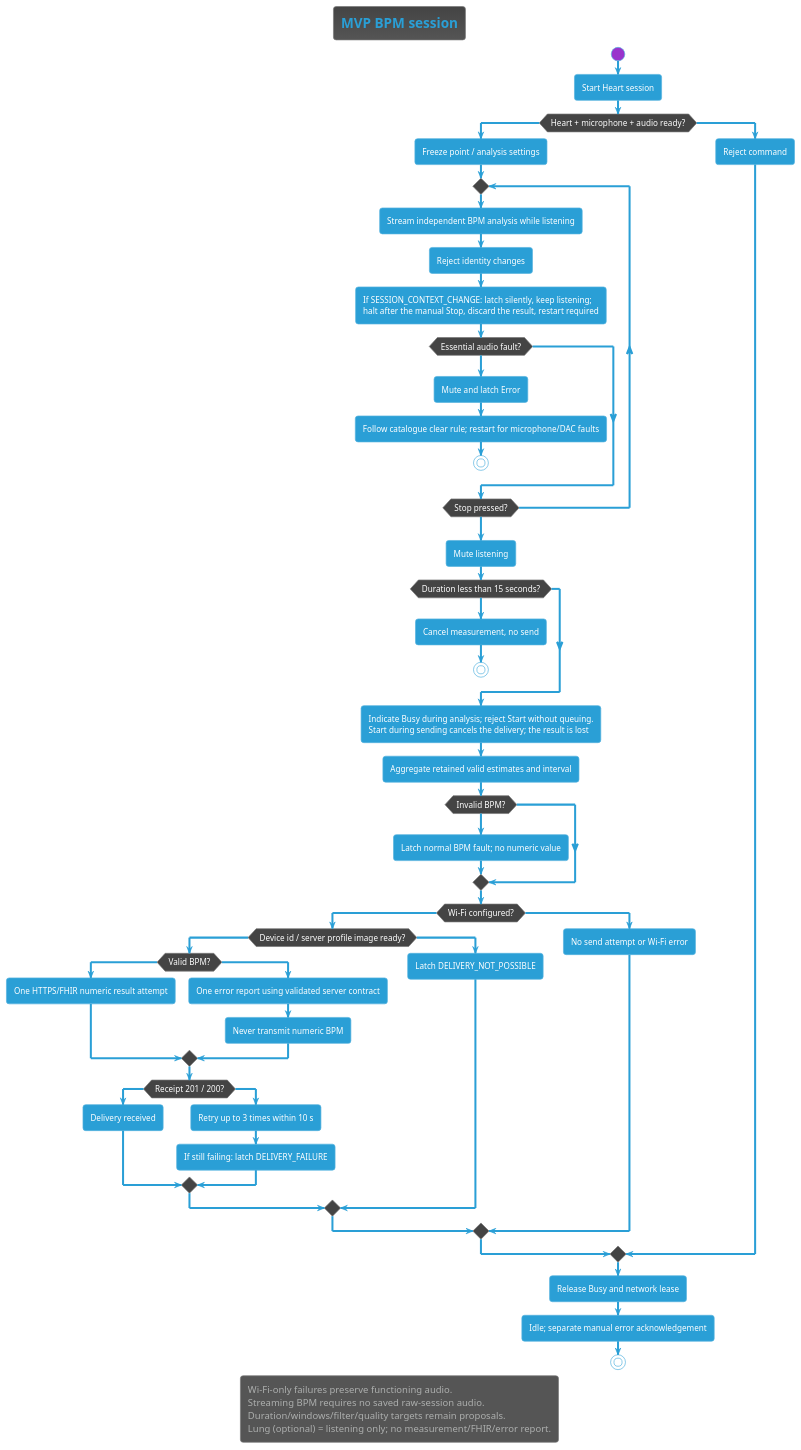
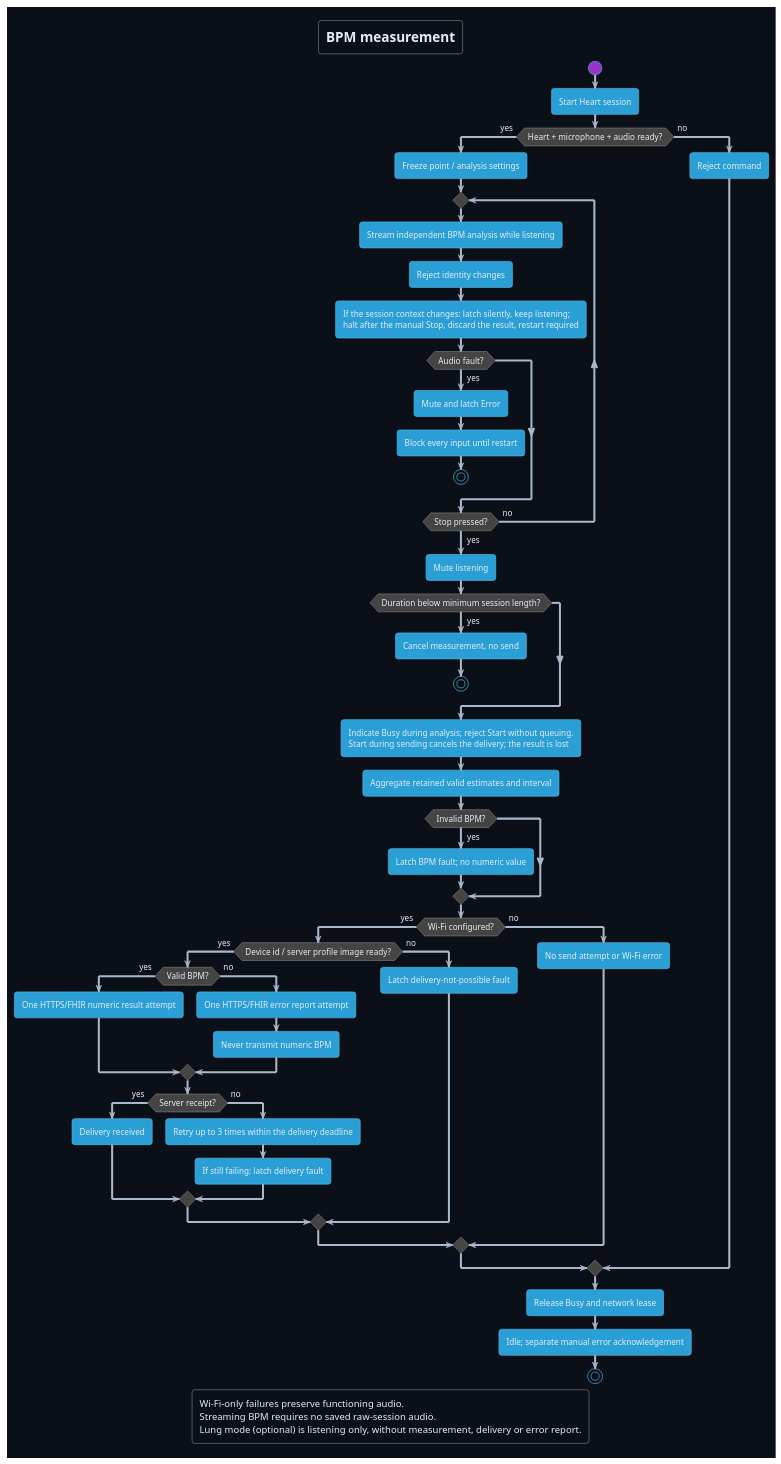
The diagram in Development/system/architecture/system/measurement-workflow.puml (DemonicPsychoII/DigitalStethoscope), drawn with PlantUML before and after one commit. The commit also changed 181 other files, not shown here.

First line of the commit message:
documentation: state only what is in architecture, design and code documents

```diff
--- a/Development/system/architecture/system/measurement-workflow.puml
+++ b/Development/system/architecture/system/measurement-workflow.puml
@@ -1,62 +1,64 @@
 @startuml measurement_workflow
 !theme cyborg
 skinparam shadowing false
 skinparam defaultFontName SansSerif
-title MVP BPM session
+skinparam backgroundColor #0b1018
+skinparam defaultFontColor #e6edf7
+skinparam ArrowColor #a9b8ca
+title BPM measurement
 start
 :Start Heart session;
 if (Heart + microphone + audio ready?) then (yes)
  :Freeze point / analysis settings;
  repeat
   :Stream independent BPM analysis while listening;
   :Reject identity changes;
-  :If SESSION_CONTEXT_CHANGE: latch silently, keep listening;\nhalt after the manual Stop, discard the result, restart required;
-  if (Essential audio fault?) then (yes)
+  :If the session context changes: latch silently, keep listening;\nhalt after the manual Stop, discard the result, restart required;
+  if (Audio fault?) then (yes)
    :Mute and latch Error;
-   :Follow catalogue clear rule; restart for microphone/DAC faults;
+   :Block every input until restart;
    stop
   endif
  repeat while (Stop pressed?) is (no) not (yes)
  :Mute listening;
- if (Duration less than 15 seconds?) then (yes)
+ if (Duration below minimum session length?) then (yes)
   :Cancel measurement, no send;
   stop
  endif
  :Indicate Busy during analysis; reject Start without queuing.\nStart during sending cancels the delivery; the result is lost;
  :Aggregate retained valid estimates and interval;
  if (Invalid BPM?) then (yes)
-  :Latch normal BPM fault; no numeric value;
+  :Latch BPM fault; no numeric value;
  endif
  if (Wi-Fi configured?) then (yes)
   if (Device id / server profile image ready?) then (yes)
    if (Valid BPM?) then (yes)
     :One HTTPS/FHIR numeric result attempt;
    else (no)
-    :One error report using validated server contract;
+    :One HTTPS/FHIR error report attempt;
     :Never transmit numeric BPM;
    endif
-   if (Receipt 201 / 200?) then (yes)
+   if (Server receipt?) then (yes)
     :Delivery received;
    else (no)
-    :Retry up to 3 times within 10 s;
-    :If still failing: latch DELIVERY_FAILURE;
+    :Retry up to 3 times within the delivery deadline;
+    :If still failing: latch delivery fault;
    endif
   else (no)
-   :Latch DELIVERY_NOT_POSSIBLE;
+   :Latch delivery-not-possible fault;
   endif
  else (no)
   :No send attempt or Wi-Fi error;
  endif
 else (no)
  :Reject command;
 endif
 :Release Busy and network lease;
 :Idle; separate manual error acknowledgement;
 stop
 legend bottom
   Wi-Fi-only failures preserve functioning audio.
   Streaming BPM requires no saved raw-session audio.
-  Duration/windows/filter/quality targets remain proposals.
-  Lung (optional) = listening only; no measurement/FHIR/error report.
+  Lung mode (optional) is listening only, without measurement, delivery or error report.
 endlegend
 @enduml
```
